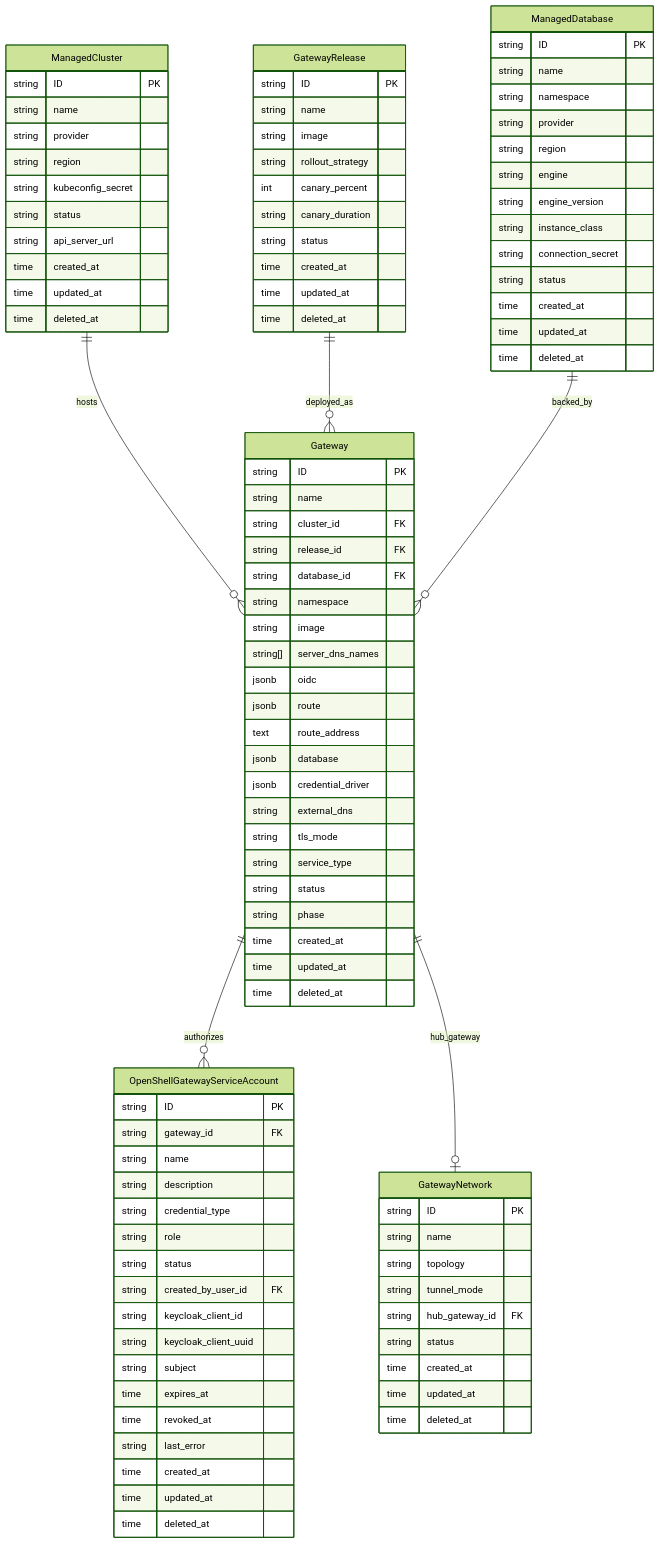
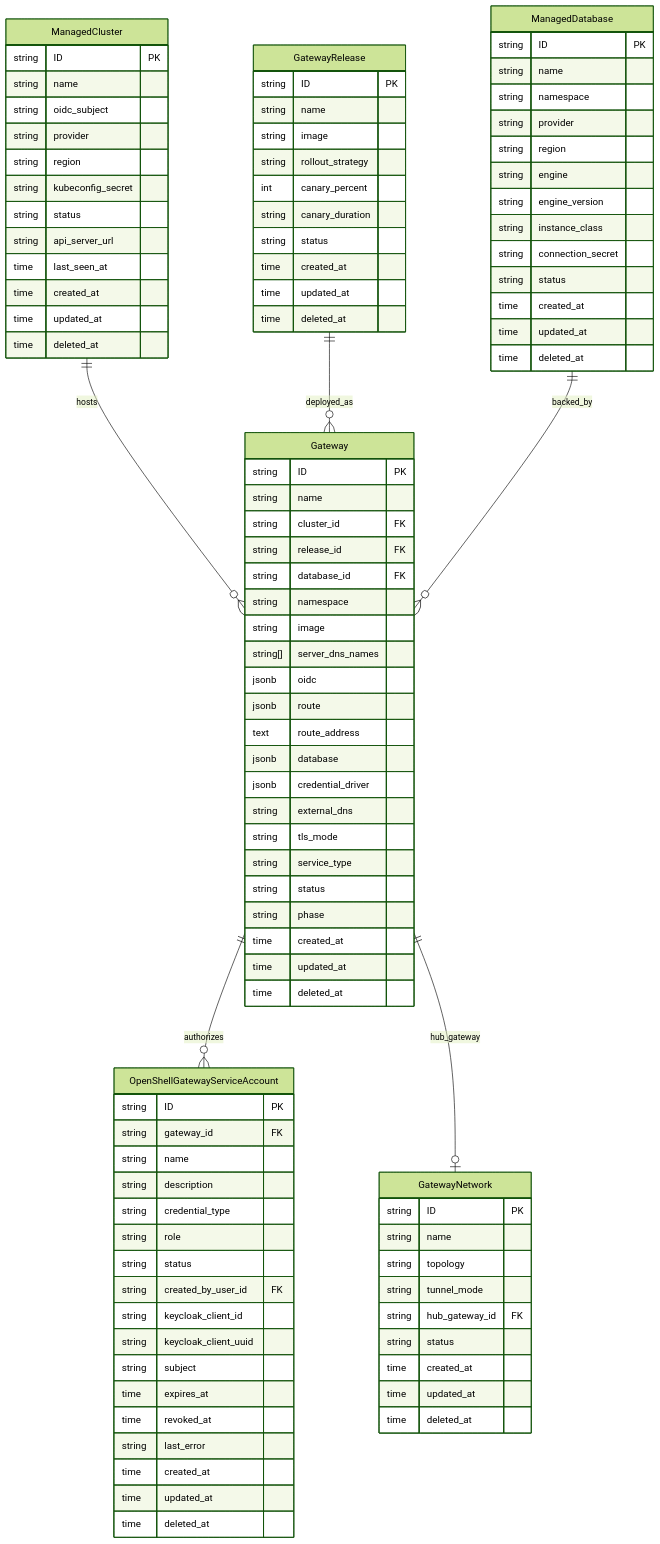
Before and after one commit to openshift-online/hypershell: the diagram in specs/platform/data-model.spec.md, drawn with Mermaid (forest theme). The commit also changed other lines of this file and 4 other files, not shown here.

```diff
--- a/specs/platform/data-model.spec.md
+++ b/specs/platform/data-model.spec.md
@@ -26,11 +26,13 @@
     ManagedCluster {
         string ID PK
         string name
+        string oidc_subject
         string provider
         string region
         string kubeconfig_secret
         string status
         string api_server_url
+        time last_seen_at
         time created_at
         time updated_at
         time deleted_at
```
